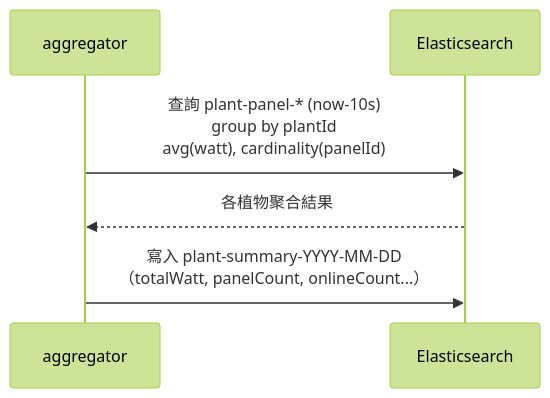
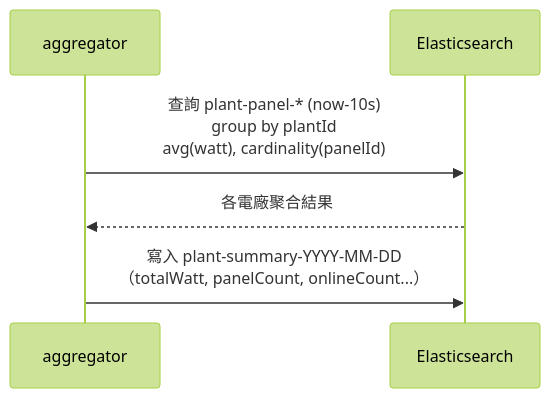
The third of 8 diagrams in docs/architecture.md (zclintw/solarops), drawn with Mermaid (forest theme) before and after one commit. The commit also changed other lines of this file and 7 other files, not shown here.

````diff
--- a/docs/architecture.md
+++ b/docs/architecture.md
@@ -130,9 +130,9 @@
 ```mermaid
 sequenceDiagram
     participant AGG as aggregator
     participant ES as Elasticsearch
 
     AGG->>ES: 查詢 plant-panel-* (now-10s)<br/>group by plantId<br/>avg(watt), cardinality(panelId)
-    ES-->>AGG: 各植物聚合結果
+    ES-->>AGG: 各電廠聚合結果
     AGG->>ES: 寫入 plant-summary-YYYY-MM-DD<br/>（totalWatt, panelCount, onlineCount...）
 ```
````
